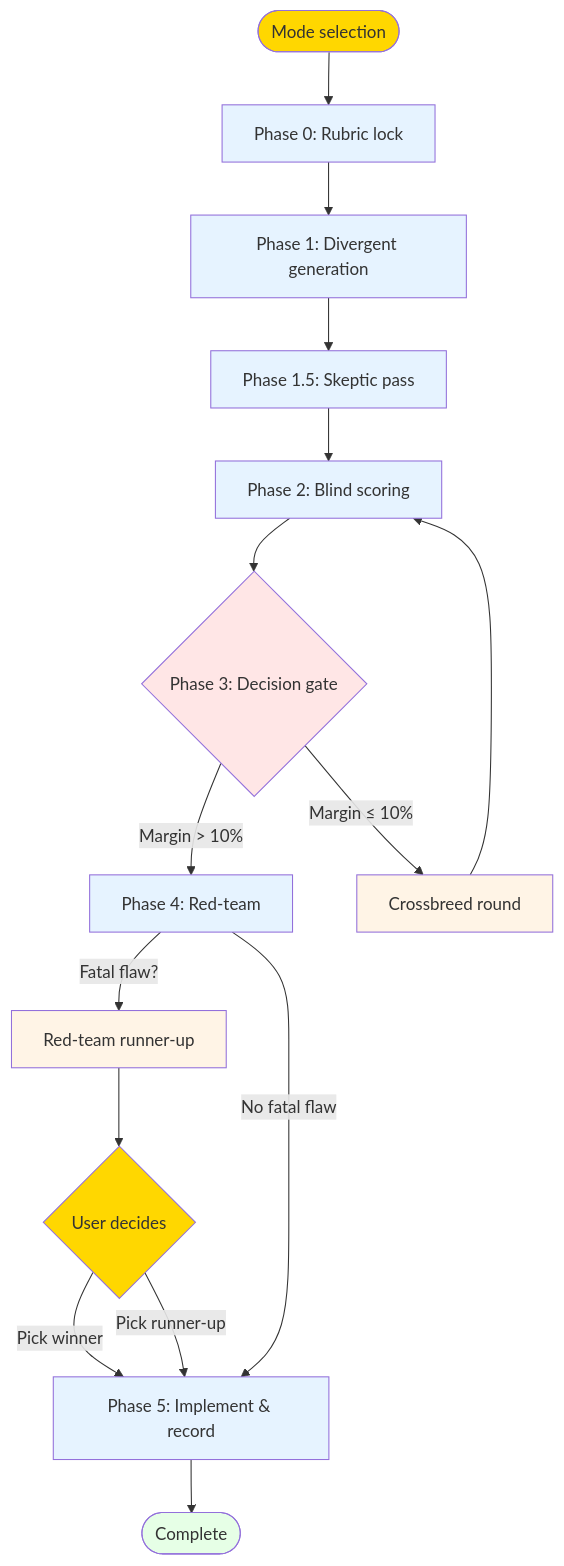
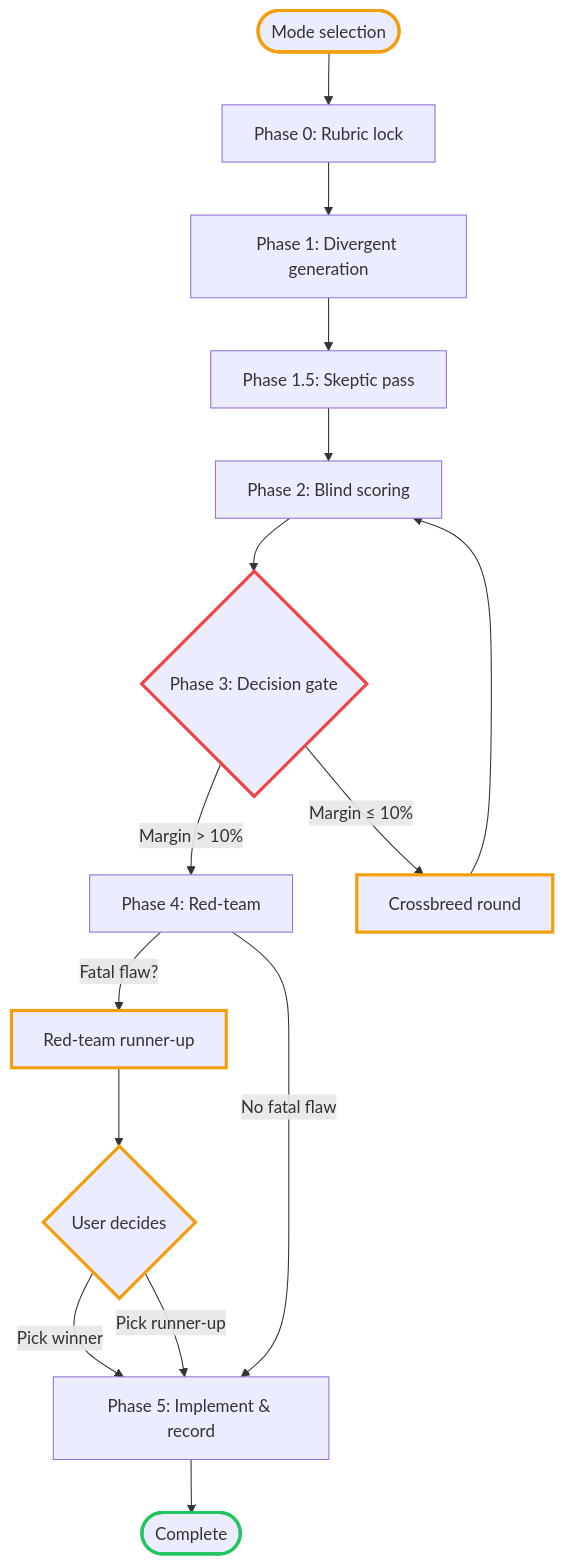
Before and after one commit to rwshiraishi/solution-tournament: the diagram in diagrams/lifecycle.mmd, drawn with Mermaid. The commit also changed 5 other files, not shown here.

Commit message:
fix(diagrams): replace hardcoded light fills with theme-safe strokes so nodes read in dark mode

```diff
--- a/diagrams/lifecycle.mmd
+++ b/diagrams/lifecycle.mmd
@@ -1,28 +1,22 @@
 flowchart TD
     Start([Mode selection]) --> P0["Phase 0: Rubric lock"]
     P0 --> P1["Phase 1: Divergent generation"]
     P1 --> P1_5["Phase 1.5: Skeptic pass"]
     P1_5 --> P2["Phase 2: Blind scoring"]
     P2 --> P3{Phase 3: Decision gate}
     P3 -->|Margin > 10%| P4["Phase 4: Red-team"]
     P3 -->|Margin ≤ 10%| Crossbreed["Crossbreed round"]
     Crossbreed --> P2
     P4 -->|Fatal flaw?| RunnerUp["Red-team runner-up"]
     RunnerUp --> Choose{User decides}
     Choose -->|Pick winner| P5
     Choose -->|Pick runner-up| P5
     P4 -->|No fatal flaw| P5["Phase 5: Implement & record"]
     P5 --> End([Complete])
 
-    style Start fill:#ffd700
-    style P0 fill:#e6f3ff
-    style P1 fill:#e6f3ff
-    style P1_5 fill:#e6f3ff
-    style P2 fill:#e6f3ff
-    style P3 fill:#ffe6e6
-    style P4 fill:#e6f3ff
-    style P5 fill:#e6f3ff
-    style Crossbreed fill:#fff4e6
-    style RunnerUp fill:#fff4e6
-    style Choose fill:#ffd700
-    style End fill:#e6ffe6
+    style Start stroke:#f59e0b,stroke-width:3px
+    style P3 stroke:#ef4444,stroke-width:3px
+    style Crossbreed stroke:#f59e0b,stroke-width:3px
+    style RunnerUp stroke:#f59e0b,stroke-width:3px
+    style Choose stroke:#f59e0b,stroke-width:3px
+    style End stroke:#22c55e,stroke-width:3px
```
